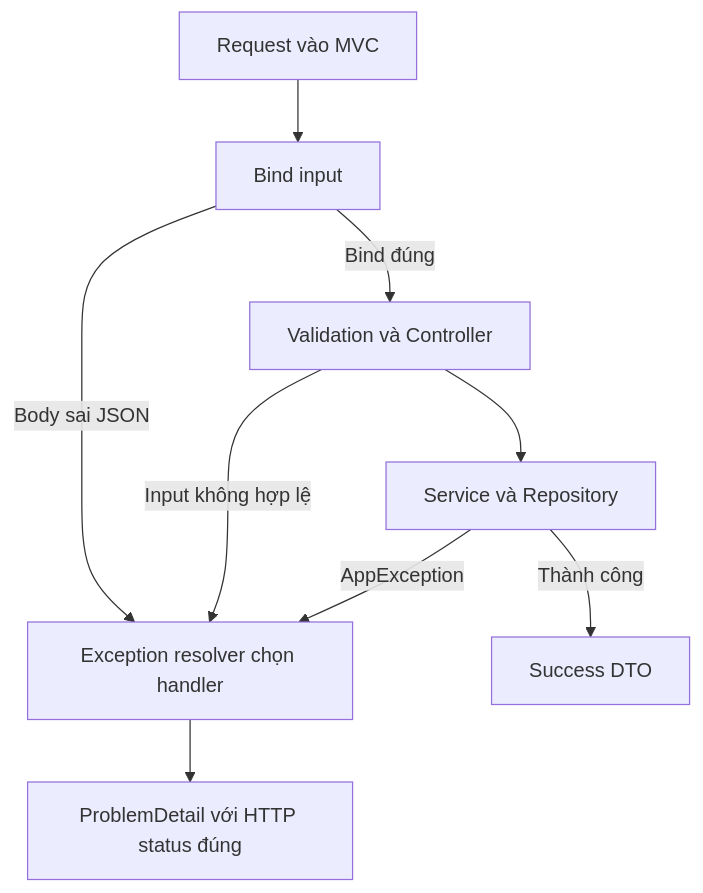
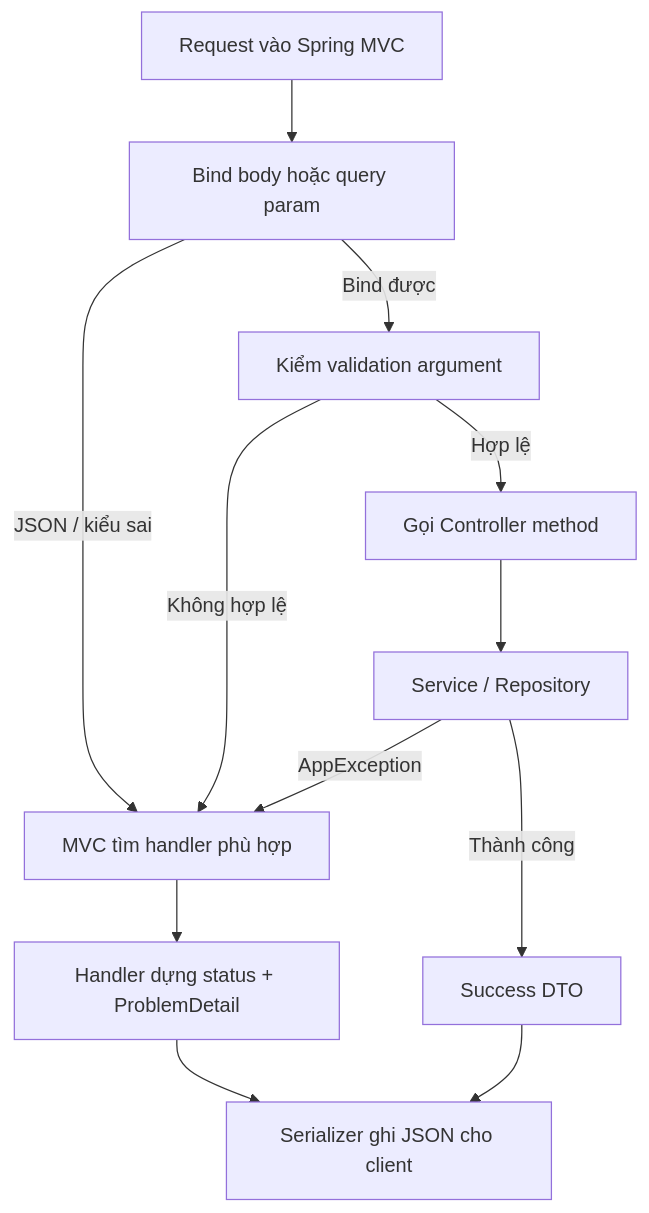
Before and after one commit to nhandndev/SOFTWARE_ENGINEER_LEARN: the diagram in Notes/M3_API_Security/M3_1_REST_Best_Practices/LESSON_03_PROBLEMDETAIL_HATEOAS_REVIEW.md, drawn with Mermaid. The commit also changed other lines of this file and 34 other files, not shown here.

````diff
--- a/Notes/M3_API_Security/M3_1_REST_Best_Practices/LESSON_03_PROBLEMDETAIL_HATEOAS_REVIEW.md
+++ b/Notes/M3_API_Security/M3_1_REST_Best_Practices/LESSON_03_PROBLEMDETAIL_HATEOAS_REVIEW.md
@@ -55,11 +104,14 @@
 ```mermaid
 flowchart TD
-    A[Request vào MVC] --> B[Bind input]
-    B -->|Body sai JSON| E[Exception resolver chọn handler]
-    B -->|Bind đúng| C[Validation và Controller]
-    C -->|Input không hợp lệ| E
-    C --> D[Service và Repository]
-    D -->|AppException| E
-    D -->|Thành công| S[Success DTO]
-    E --> P[ProblemDetail với HTTP status đúng]
+    A["Request vào Spring MVC"] --> B["Bind body hoặc query param"]
+    B -->|"JSON / kiểu sai"| X["MVC tìm handler phù hợp"]
+    B -->|"Bind được"| C["Kiểm validation argument"]
+    C -->|"Không hợp lệ"| X
+    C -->|"Hợp lệ"| D["Gọi Controller method"]
+    D --> E["Service / Repository"]
+    E -->|"AppException"| X
+    E -->|"Thành công"| S["Success DTO"]
+    X --> P["Handler dựng status + ProblemDetail"]
+    P --> J["Serializer ghi JSON cho client"]
+    S --> J
 ```
````
